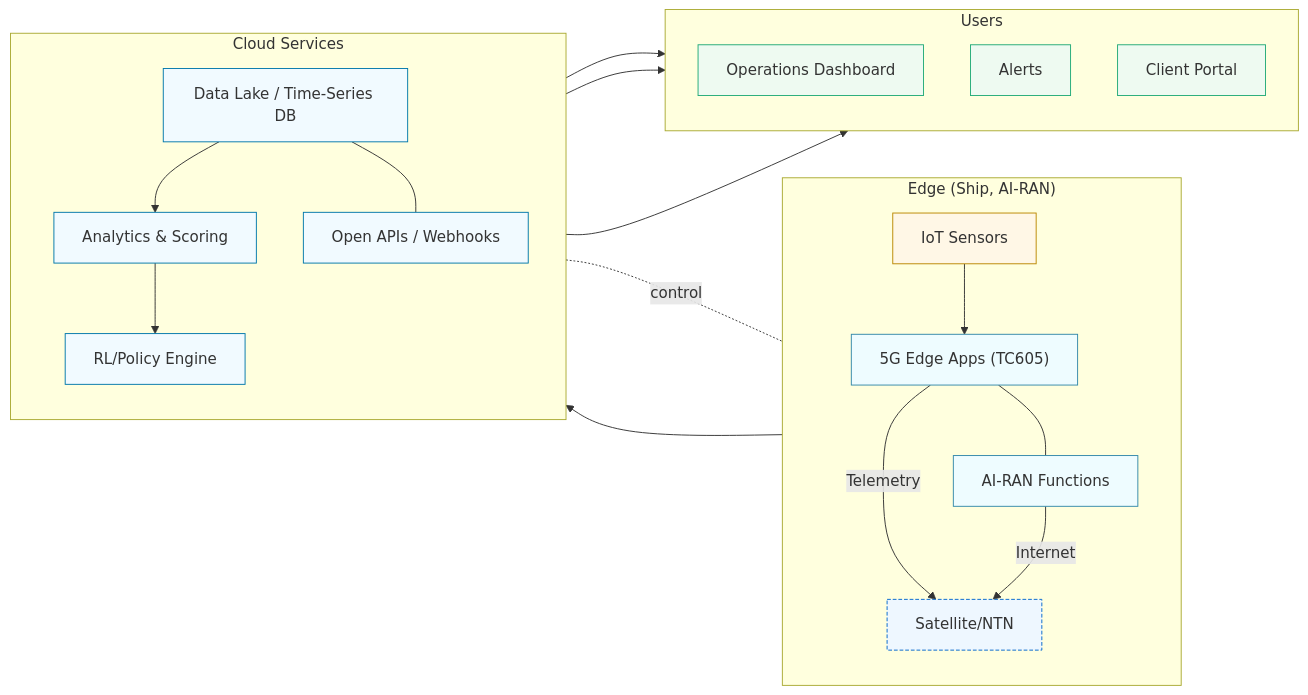
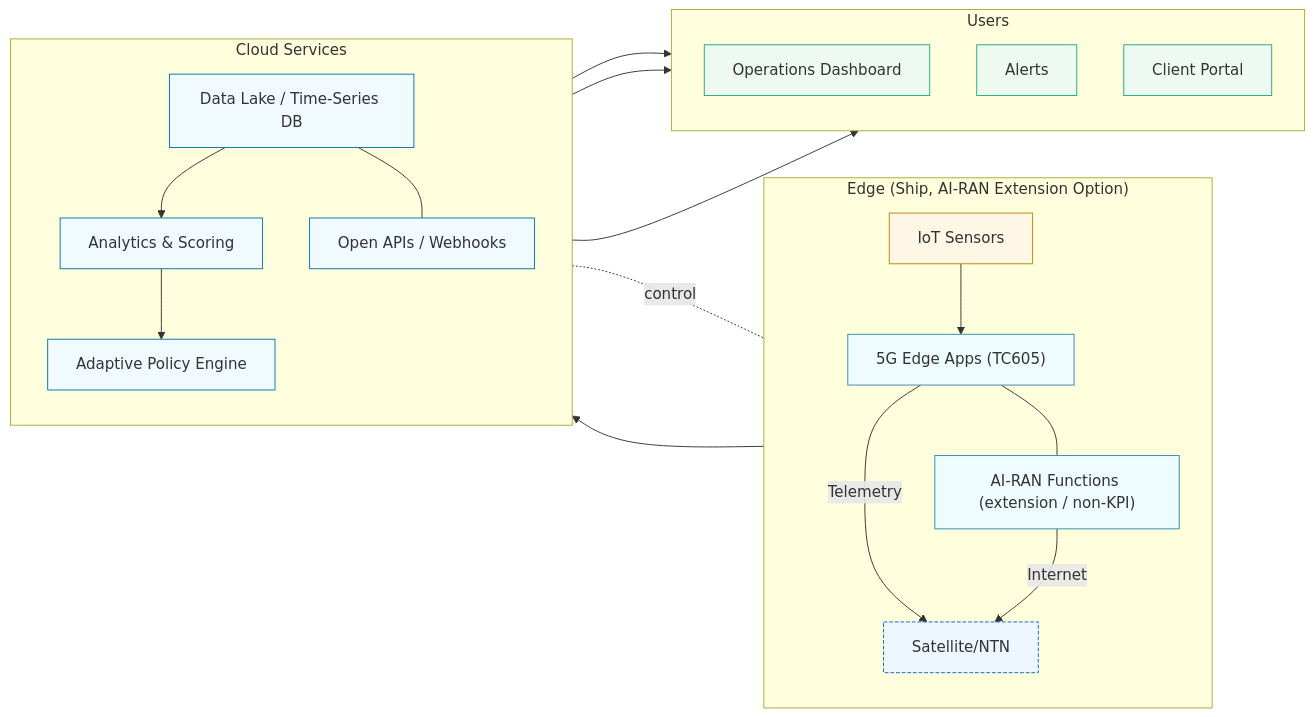
Before and after one commit to jshuo/ai-moea-proposal: the second of 2 diagrams in proposal/AI-Application-Enhancement-Program-Proposal-Submission.md, drawn with Mermaid. The commit also changed other lines of this file, not shown here.

`````diff
--- a/proposal/AI-Application-Enhancement-Program-Proposal-Submission.md
+++ b/proposal/AI-Application-Enhancement-Program-Proposal-Submission.md
@@ -521,48 +749,44 @@
-````mermaid
+```mermaid
+flowchart LR
+  %% High-level architecture
+   subgraph Edge["Edge (Ship, AI-RAN Extension Option)"]
+    direction TB
+    Sensors["IoT Sensors"]:::sensor
+    EdgeApps["5G Edge Apps (TC605)"]:::edge
+    AIRAN["AI-RAN Functions (extension / non-KPI)"]:::edge
+    NTN["Satellite/NTN"]:::link
+    Sensors --> EdgeApps
+  end
 
-flowchart LR
-    %% High-level architecture
-    subgraph Edge["Edge (Ship, AI-RAN)"]
-        direction TB
-        Sensors["IoT Sensors"]:::sensor
-        EdgeApps["5G Edge Apps (TC605)"]:::edge
-        AIRAN["AI-RAN Functions"]:::edge
-        NTN["Satellite/NTN"]:::link
-        Sensors --> EdgeApps
-    end
+   subgraph Cloud["Cloud Services"]
+    direction TB
+    DL["Data Lake / Time-Series DB"]:::cloud
+    Analytics["Analytics & Scoring"]:::cloud
+    Policy["Adaptive Policy Engine"]:::cloud
+    API["Open APIs / Webhooks"]:::cloud
+    DL --> Analytics --> Policy
+    DL --- API
+  end
 
-    subgraph Cloud["Cloud Services"]
-        direction TB
-        DL["Data Lake / Time-Series DB"]:::cloud
-        Analytics["Analytics & Scoring"]:::cloud
-        Policy["RL/Policy Engine"]:::cloud
-        API["Open APIs / Webhooks"]:::cloud
-        DL --> Analytics --> Policy
-        DL --- API
-    end
+  subgraph Users["Users"]
+    direction TB
+    Ops["Operations Dashboard"]:::ui
+    Alerts["Alerts"]:::ui
+    Client["Client Portal"]:::ui
+  end
 
-    subgraph Users["Users"]
-        direction TB
-        Ops["Operations Dashboard"]:::ui
-        Alerts["Alerts"]:::ui
-        Client["Client Portal"]:::ui
-    end
+  EdgeApps -->|Telemetry| NTN
+  AIRAN -->|Internet| NTN
+  EdgeApps --- AIRAN
+  NTN --> DL
+  DL --> Ops
+  Analytics --> Alerts
+  API --> Client
+  Policy -. control .- NTN
 
-    EdgeApps -->|Telemetry| NTN
-    AIRAN -->|Internet| NTN
-    EdgeApps --- AIRAN
-    NTN --> DL
-    DL --> Ops
-    Analytics --> Alerts
-    API --> Client
-    Policy -. control .- NTN
-
-    classDef sensor fill:#fff7e6,stroke:#b80,stroke-width:1px;
-    classDef edge fill:#eefcff,stroke:#38a,stroke-width:1px;
-    classDef link fill:#eef7ff,stroke:#06c,stroke-width:1px,stroke-dasharray: 4 2;
-    classDef cloud fill:#f1faff,stroke:#07a,stroke-width:1px;
-    classDef ui fill:#eefaf1,stroke:#2a7,stroke-width:1px;
-
-
-
-````
+  classDef sensor fill:#fff7e6,stroke:#b80,stroke-width:1px;
+  classDef edge fill:#eefcff,stroke:#38a,stroke-width:1px;
+  classDef link fill:#eef7ff,stroke:#06c,stroke-width:1px,stroke-dasharray: 4 2;
+  classDef cloud fill:#f1faff,stroke:#07a,stroke-width:1px;
+  classDef ui fill:#eefaf1,stroke:#2a7,stroke-width:1px;
+```
`````
